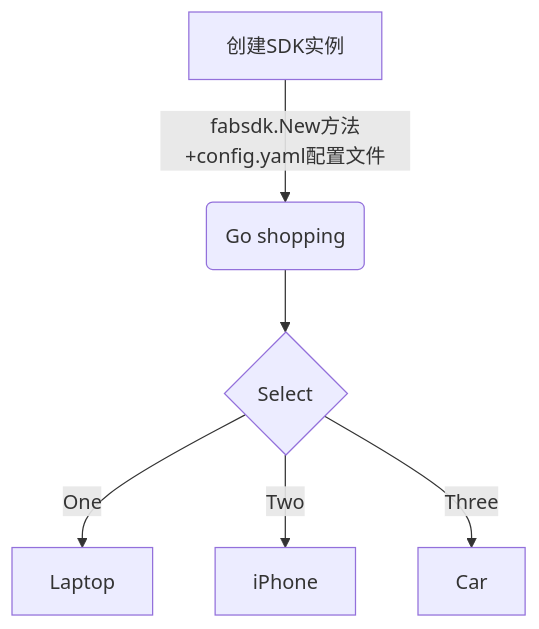
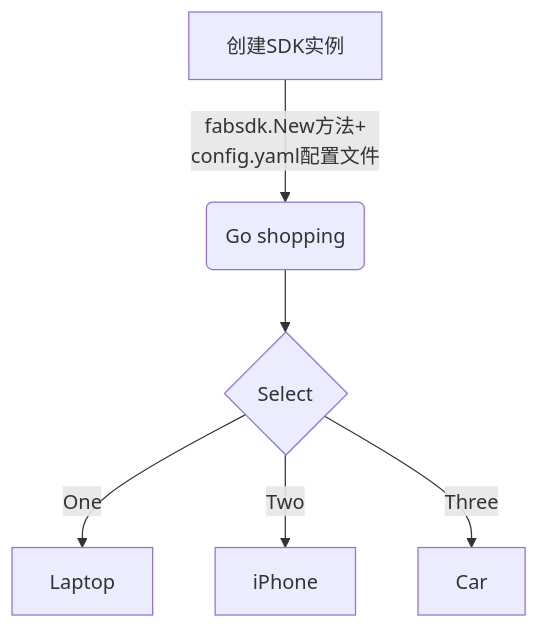
One commit to Utekichan/iodraw-files changed the diagram in all/未命名.md. Above: the diagram before and after it, drawn with Mermaid.

Commit message:
2024-03-30 22:03:02 update

````diff
--- a/all/未命名.md
+++ b/all/未命名.md
@@ -1,9 +1,10 @@
 ```mermaid
 graph TD
-    A[创建SDK实例] -->|fabsdk.New方法+config.yaml配置文件| B(Go shopping)
+    A[创建SDK实例] -->|fabsdk.New方法+
+    config.yaml配置文件| B(Go shopping)
     B --> C{Select}
     C -->|One| D[Laptop]
     C -->|Two| E[iPhone]
     C -->|Three| F[Car]
   
 ```
````
